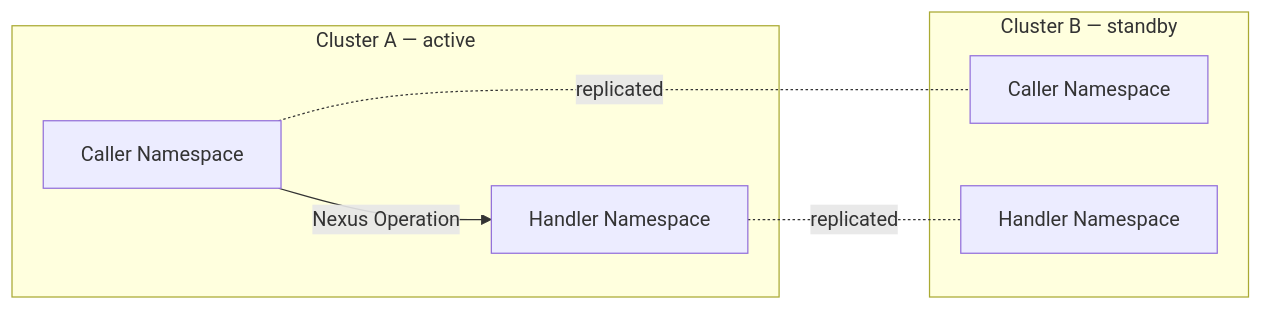
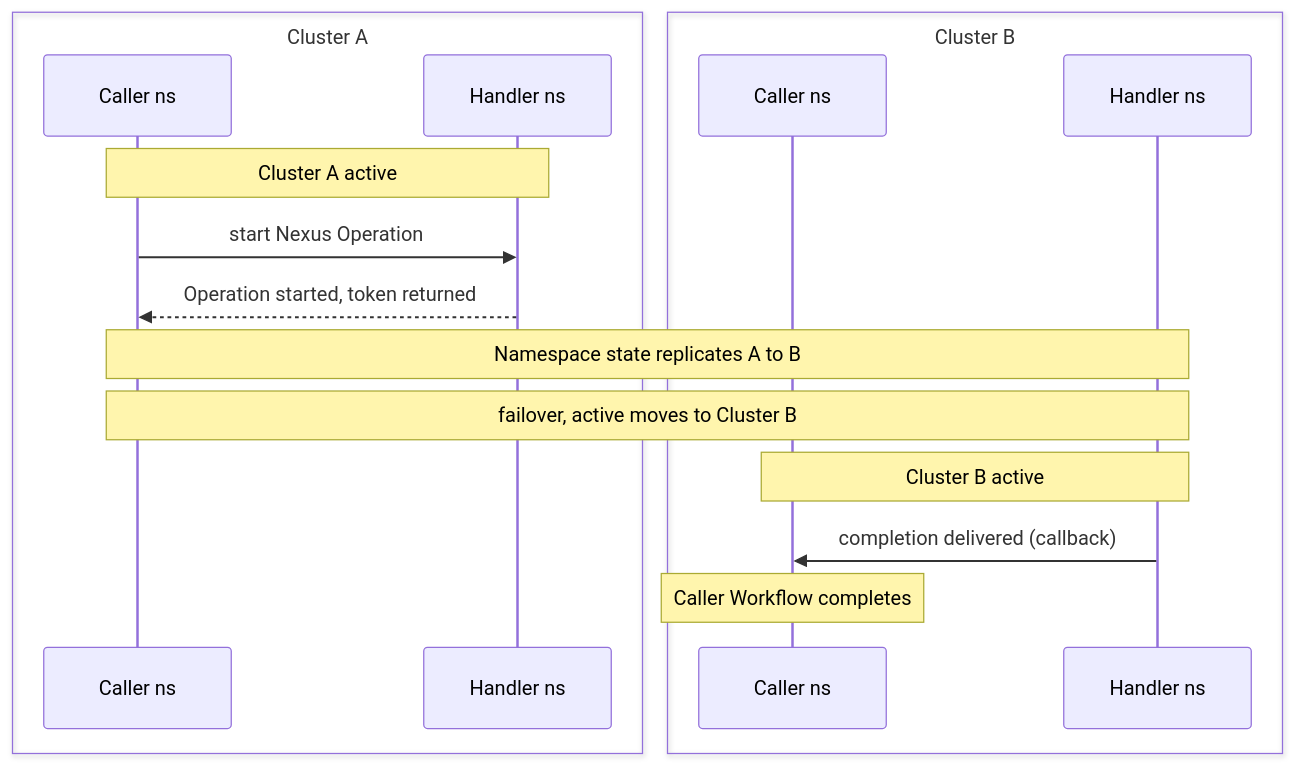
The diagram in docs/production-deployment/self-hosted-guide/temporal-nexus.mdx (temporalio/documentation), drawn with Mermaid before and after one commit. The commit also changed other lines of this file, not shown here.

Commit message:
Use a sequence diagram with Cluster boxes for failover
Group the caller and handler Namespaces into Cluster A and Cluster B boxes, and
show the Operation starting while Cluster A is active, replication, failover, and
completion once Cluster B is active.

````diff
--- a/docs/production-deployment/self-hosted-guide/temporal-nexus.mdx
+++ b/docs/production-deployment/self-hosted-guide/temporal-nexus.mdx
@@ -143,12 +141,19 @@
 ```mermaid
-flowchart LR
-    subgraph A["Cluster A — active"]
-        caA["Caller Namespace"] -->|Nexus Operation| haA["Handler Namespace"]
+sequenceDiagram
+    box Cluster A
+    participant caA as Caller ns
+    participant haA as Handler ns
     end
-    subgraph B["Cluster B — standby"]
-        caB["Caller Namespace"]
-        haB["Handler Namespace"]
+    box Cluster B
+    participant caB as Caller ns
+    participant haB as Handler ns
     end
-    caA -. replicated .- caB
-    haA -. replicated .- haB
+    Note over caA,haA: Cluster A active
+    caA->>haA: start Nexus Operation
+    haA-->>caA: Operation started, token returned
+    Note over caA,haB: Namespace state replicates A to B
+    Note over caA,haB: failover, active moves to Cluster B
+    Note over caB,haB: Cluster B active
+    haB->>caB: completion delivered (callback)
+    Note over caB: Caller Workflow completes
 ```
````
